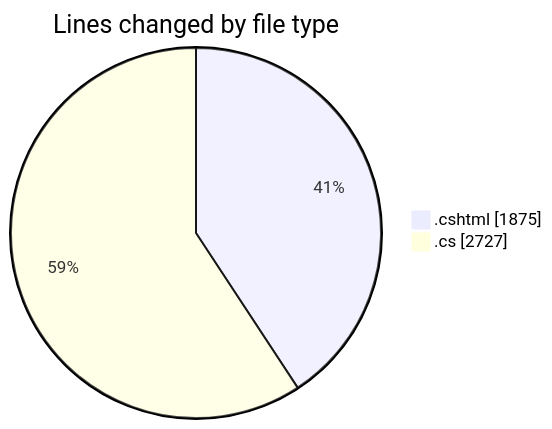
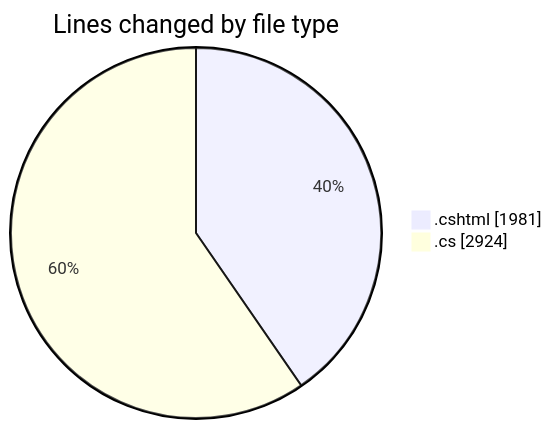
The first of 2 diagrams in 2025-07-17/nhahang/README.md (lephambinh05/code-tracking), drawn with Mermaid before and after one commit. The commit also changed other lines of this file and 1 other file, not shown here.

````diff
--- a/2025-07-17/nhahang/README.md
+++ b/2025-07-17/nhahang/README.md
@@ -67,6 +69,6 @@
 ```mermaid
 pie showData
 title Lines changed by file type
-".cshtml" : 1875
-".cs" : 2727
+".cshtml" : 1981
+".cs" : 2924
 ```
````
